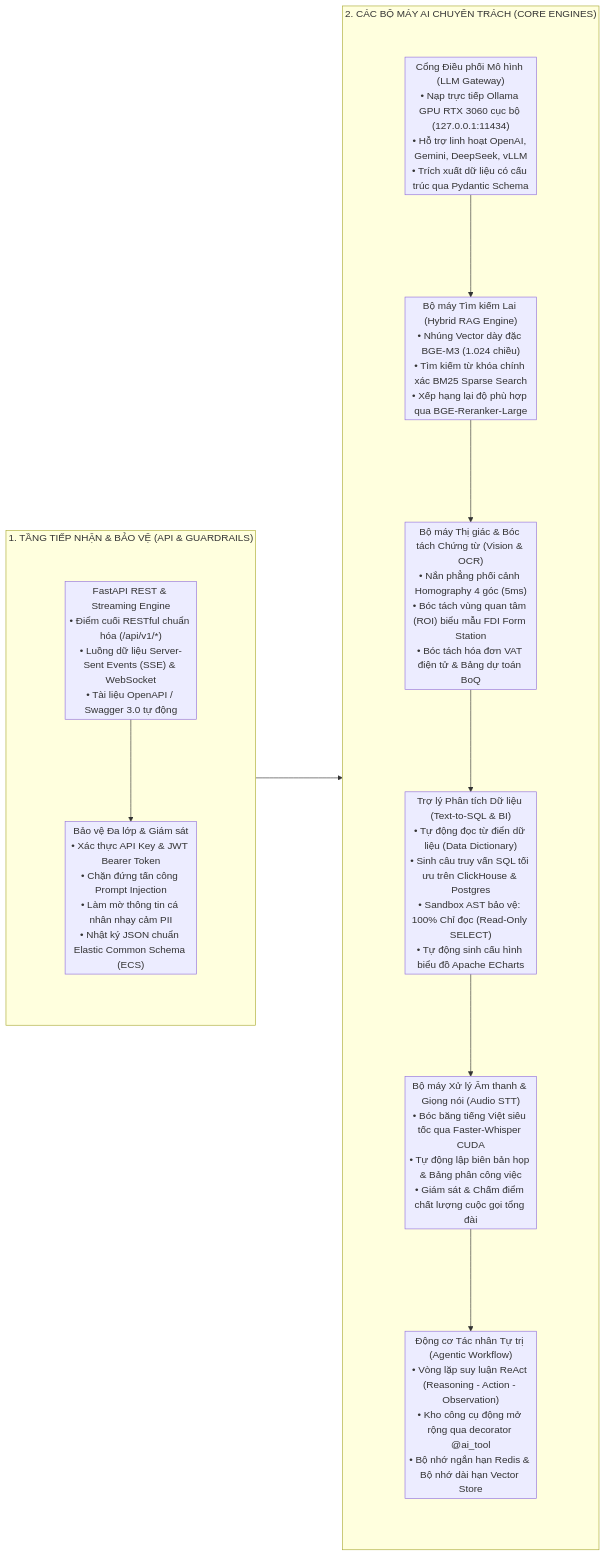
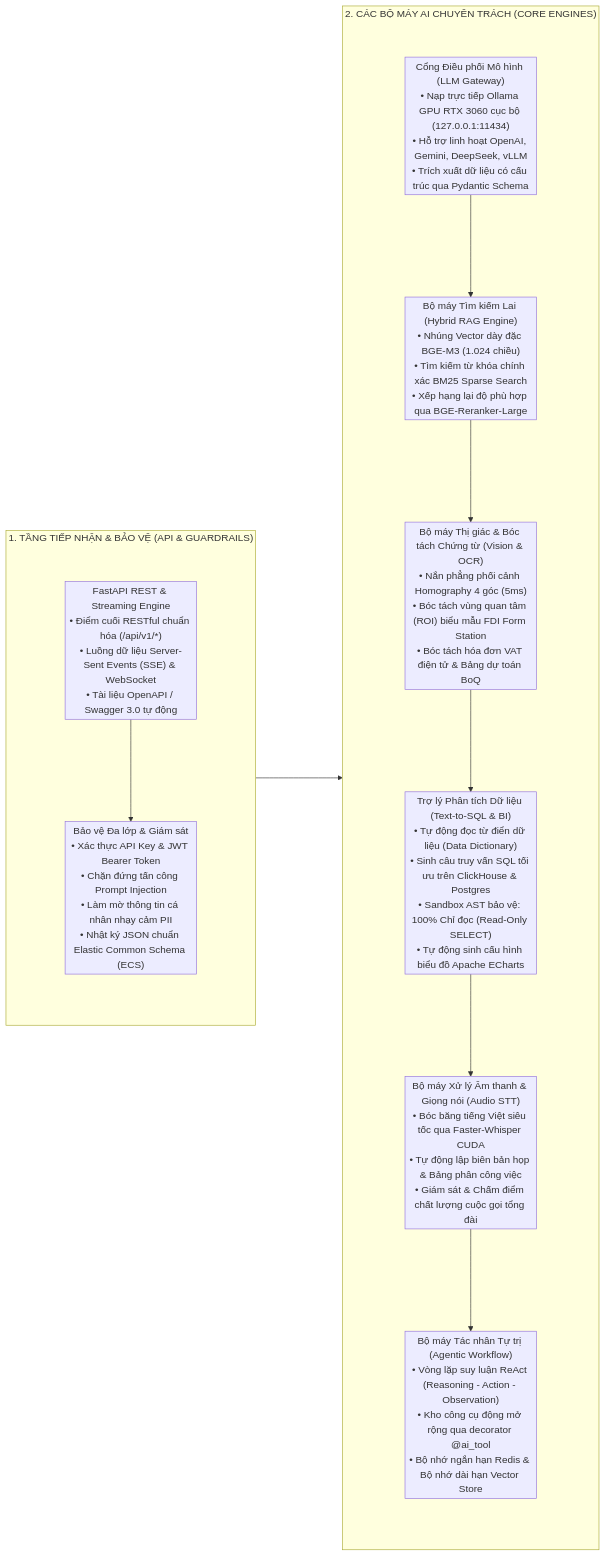
One commit to chapisoft/miai changed the diagram in README.md. Above: the diagram before and after it, drawn with Mermaid. The commit also changed other lines of this file and 37 other files, not shown here.

````diff
--- a/README.md
+++ b/README.md
@@ -11,27 +11,27 @@
 ```mermaid
 %%{init: {'flowchart': {'nodeSpacing': 8, 'rankSpacing': 140, 'padding': 3, 'curve': 'basis'}}}%%
 flowchart LR
     subgraph S_API_GATEWAY ["1. TẦNG TIẾP NHẬN & BẢO VỆ (API & GUARDRAILS)"]
         direction TB
         FASTAPI_CORE["FastAPI REST & Streaming Engine<br/>• Điểm cuối RESTful chuẩn hóa (/api/v1/*)<br/>• Luồng dữ liệu Server-Sent Events (SSE) & WebSocket<br/>• Tài liệu OpenAPI / Swagger 3.0 tự động"]
         SECURITY_SHIELD["Bảo vệ Đa lớp & Giám sát<br/>• Xác thực API Key & JWT Bearer Token<br/>• Chặn đứng tấn công Prompt Injection<br/>• Làm mờ thông tin cá nhân nhạy cảm PII<br/>• Nhật ký JSON chuẩn Elastic Common Schema (ECS)"]
         FASTAPI_CORE --> SECURITY_SHIELD
     end
 
     subgraph S_CORE_ENGINES ["2. CÁC BỘ MÁY AI CHUYÊN TRÁCH (CORE ENGINES)"]
         direction TB
         ENG_LLM["Cổng Điều phối Mô hình (LLM Gateway)<br/>• Nạp trực tiếp Ollama GPU RTX 3060 cục bộ (127.0.0.1:11434)<br/>• Hỗ trợ linh hoạt OpenAI, Gemini, DeepSeek, vLLM<br/>• Trích xuất dữ liệu có cấu trúc qua Pydantic Schema"]
         ENG_RAG["Bộ máy Tìm kiếm Lai (Hybrid RAG Engine)<br/>• Nhúng Vector dày đặc BGE-M3 (1.024 chiều)<br/>• Tìm kiếm từ khóa chính xác BM25 Sparse Search<br/>• Xếp hạng lại độ phù hợp qua BGE-Reranker-Large"]
         ENG_VISION["Bộ máy Thị giác & Bóc tách Chứng từ (Vision & OCR)<br/>• Nắn phẳng phối cảnh Homography 4 góc (5ms)<br/>• Bóc tách vùng quan tâm (ROI) biểu mẫu FDI Form Station<br/>• Bóc tách hóa đơn VAT điện tử & Bảng dự toán BoQ"]
         ENG_SQL["Trợ lý Phân tích Dữ liệu (Text-to-SQL & BI)<br/>• Tự động đọc từ điển dữ liệu (Data Dictionary)<br/>• Sinh câu truy vấn SQL tối ưu trên ClickHouse & Postgres<br/>• Sandbox AST bảo vệ: 100% Chỉ đọc (Read-Only SELECT)<br/>• Tự động sinh cấu hình biểu đồ Apache ECharts"]
         ENG_AUDIO["Bộ máy Xử lý Âm thanh & Giọng nói (Audio STT)<br/>• Bóc băng tiếng Việt siêu tốc qua Faster-Whisper CUDA<br/>• Tự động lập biên bản họp & Bảng phân công việc<br/>• Giám sát & Chấm điểm chất lượng cuộc gọi tổng đài"]
-        ENG_AGENT["Động cơ Tác nhân Tự trị (Agentic Workflow)<br/>• Vòng lặp suy luận ReAct (Reasoning - Action - Observation)<br/>• Kho công cụ động mở rộng qua decorator @ai_tool<br/>• Bộ nhớ ngắn hạn Redis & Bộ nhớ dài hạn Vector Store"]
+        ENG_AGENT["Bộ máy Tác nhân Tự trị (Agentic Workflow)<br/>• Vòng lặp suy luận ReAct (Reasoning - Action - Observation)<br/>• Kho công cụ động mở rộng qua decorator @ai_tool<br/>• Bộ nhớ ngắn hạn Redis & Bộ nhớ dài hạn Vector Store"]
         ENG_LLM --> ENG_RAG
         ENG_RAG --> ENG_VISION
         ENG_VISION --> ENG_SQL
         ENG_SQL --> ENG_AUDIO
         ENG_AUDIO --> ENG_AGENT
     end
 
     SECURITY_SHIELD --> S_CORE_ENGINES
 ```
````
